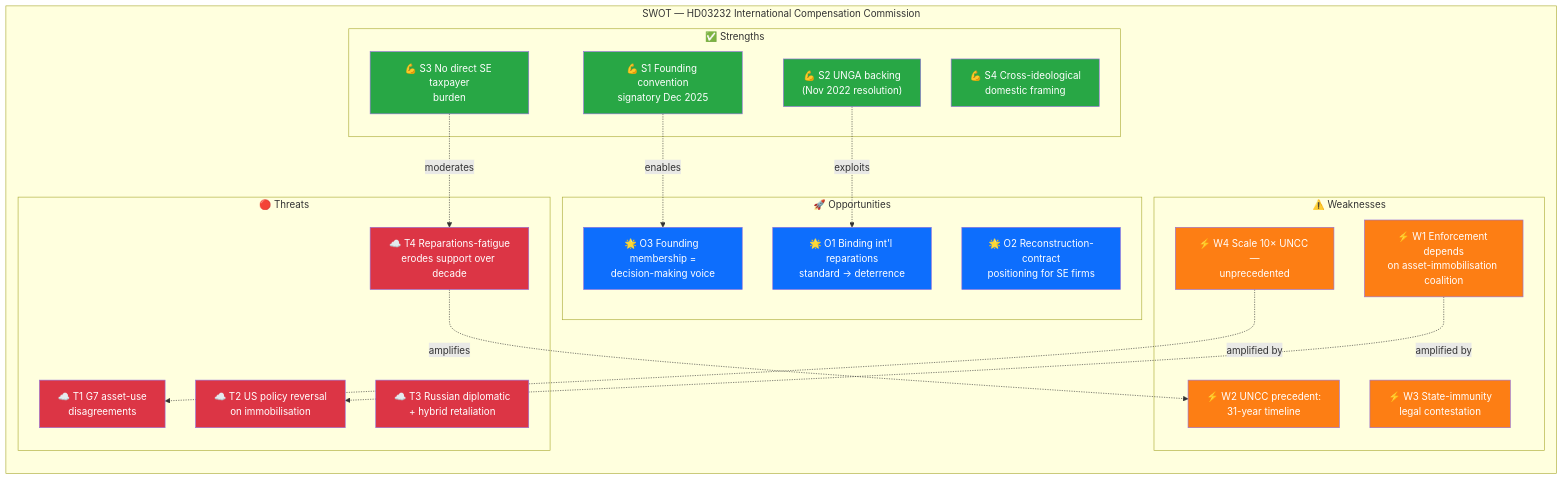
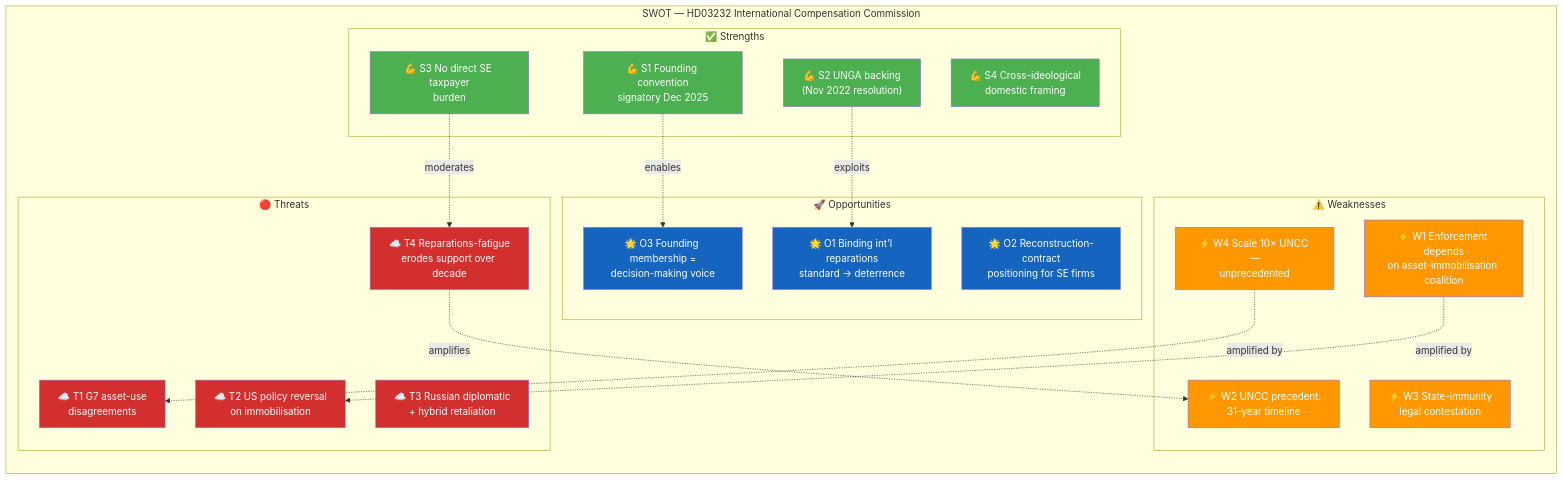
The first of 2 diagrams in analysis/daily/2026-04-17/realtime-1434/documents/HD03232-analysis.md (Hack23/riksdagsmonitor), drawn with Mermaid before and after one commit. The commit also changed other lines of this file and 785 other files, not shown here.

First line of the commit message:
Normalize mermaid colors across 786 analysis artifacts to ISMS Style Guide palette

````diff
--- a/analysis/daily/2026-04-17/realtime-1434/documents/HD03232-analysis.md
+++ b/analysis/daily/2026-04-17/realtime-1434/documents/HD03232-analysis.md
@@ -99,52 +99,52 @@
 ```mermaid
 graph TD
     subgraph SWOT["SWOT — HD03232 International Compensation Commission"]
         direction TB
         subgraph S["✅ Strengths"]
             S1["💪 S1 Founding convention<br/>signatory Dec 2025"]
             S2["💪 S2 UNGA backing<br/>(Nov 2022 resolution)"]
             S3["💪 S3 No direct SE taxpayer<br/>burden"]
             S4["💪 S4 Cross-ideological<br/>domestic framing"]
         end
         subgraph W["⚠️ Weaknesses"]
             W1["⚡ W1 Enforcement depends<br/>on asset-immobilisation coalition"]
             W2["⚡ W2 UNCC precedent:<br/>31-year timeline"]
             W3["⚡ W3 State-immunity<br/>legal contestation"]
             W4["⚡ W4 Scale 10× UNCC —<br/>unprecedented"]
         end
         subgraph O["🚀 Opportunities"]
             O1["🌟 O1 Binding int'l reparations<br/>standard → deterrence"]
             O2["🌟 O2 Reconstruction-contract<br/>positioning for SE firms"]
             O3["🌟 O3 Founding membership =<br/>decision-making voice"]
         end
         subgraph T["🔴 Threats"]
             T1["☁️ T1 G7 asset-use<br/>disagreements"]
             T2["☁️ T2 US policy reversal<br/>on immobilisation"]
             T3["☁️ T3 Russian diplomatic<br/>+ hybrid retaliation"]
             T4["☁️ T4 Reparations-fatigue<br/>erodes support over decade"]
         end
     end
 
     S1 -.enables.-> O3
     S2 -.exploits.-> O1
     S3 -.moderates.-> T4
     W1 -.amplified by.-> T2
     W4 -.amplified by.-> T1
     T4 -.amplifies.-> W2
 
-    style S1 fill:#28a745,color:#fff
-    style S2 fill:#28a745,color:#fff
-    style S3 fill:#28a745,color:#fff
-    style S4 fill:#28a745,color:#fff
-    style W1 fill:#fd7e14,color:#fff
-    style W2 fill:#fd7e14,color:#fff
-    style W3 fill:#fd7e14,color:#fff
-    style W4 fill:#fd7e14,color:#fff
-    style O1 fill:#0d6efd,color:#fff
-    style O2 fill:#0d6efd,color:#fff
-    style O3 fill:#0d6efd,color:#fff
-    style T1 fill:#dc3545,color:#fff
-    style T2 fill:#dc3545,color:#fff
-    style T3 fill:#dc3545,color:#fff
-    style T4 fill:#dc3545,color:#fff
+    style S1 fill:#4CAF50,color:#FFFFFF
+    style S2 fill:#4CAF50,color:#FFFFFF
+    style S3 fill:#4CAF50,color:#FFFFFF
+    style S4 fill:#4CAF50,color:#FFFFFF
+    style W1 fill:#FF9800,color:#FFFFFF
+    style W2 fill:#FF9800,color:#FFFFFF
+    style W3 fill:#FF9800,color:#FFFFFF
+    style W4 fill:#FF9800,color:#FFFFFF
+    style O1 fill:#1565C0,color:#FFFFFF
+    style O2 fill:#1565C0,color:#FFFFFF
+    style O3 fill:#1565C0,color:#FFFFFF
+    style T1 fill:#D32F2F,color:#FFFFFF
+    style T2 fill:#D32F2F,color:#FFFFFF
+    style T3 fill:#D32F2F,color:#FFFFFF
+    style T4 fill:#D32F2F,color:#FFFFFF
 ```
````
